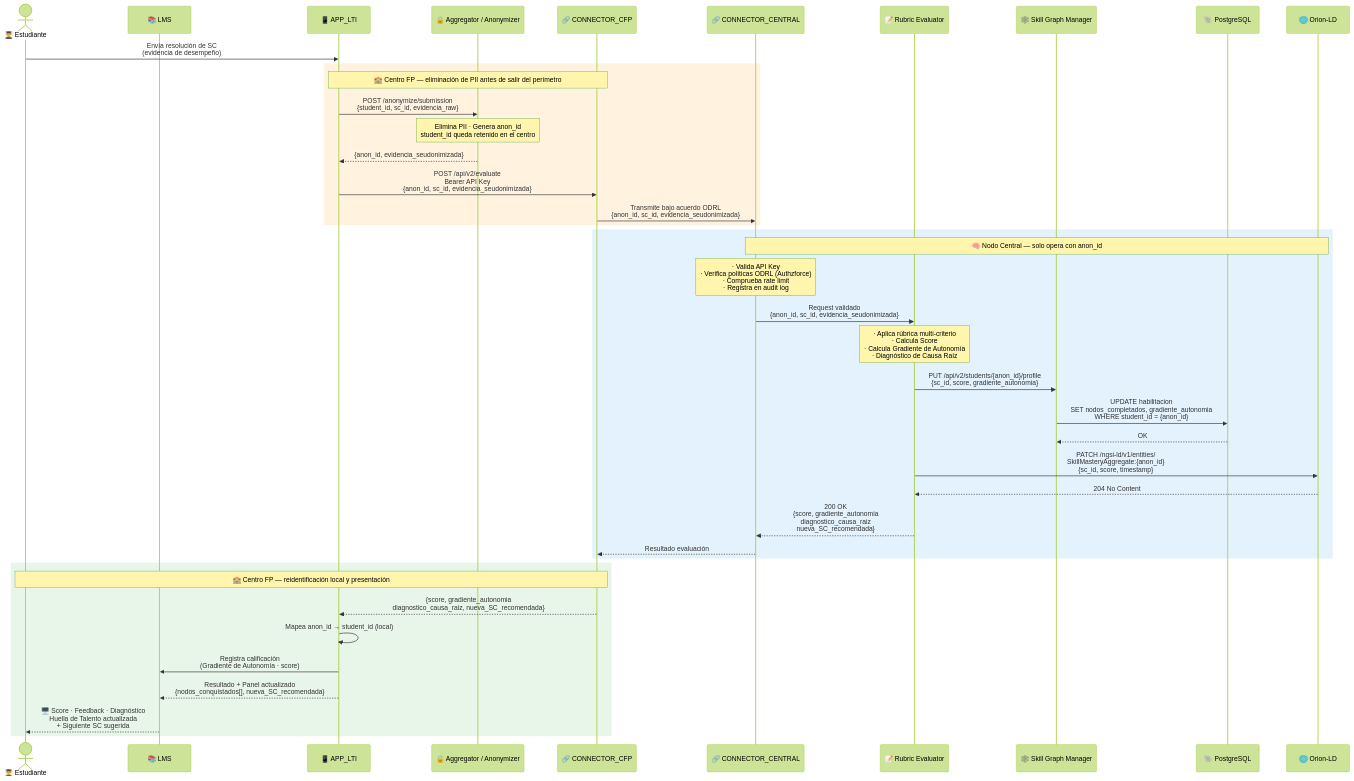
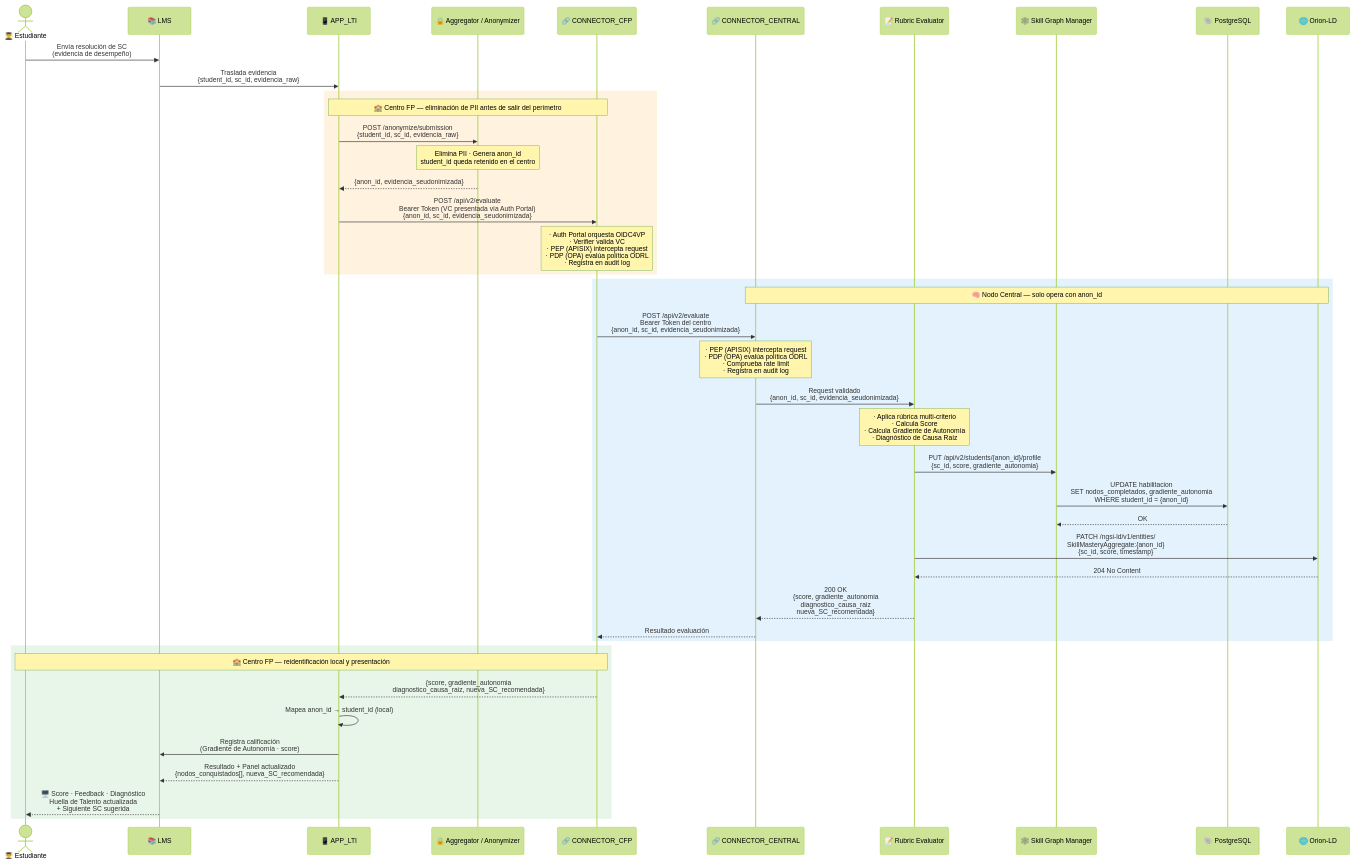
One commit to C3-VFDS/use_case_pkst changed the second of 3 diagrams in 054-diagramas-secuencias.md. Above: the diagram before and after it, drawn with Mermaid (forest theme). The commit also changed other lines of this file and 4 other files, not shown here.

Commit message:
Actualizando los diagramas a la arquitectura

````diff
--- a/054-diagramas-secuencias.md
+++ b/054-diagramas-secuencias.md
@@ -69,55 +69,57 @@
 ```mermaid
 sequenceDiagram
     actor STUDENT as 👨‍🎓 Estudiante
     participant LMS as 📚 LMS
     participant APP_LTI as 📱 APP_LTI
     participant ANON as 🔒 Aggregator / Anonymizer
     participant CONNECTOR_CFP as 🔗 CONNECTOR_CFP
     participant CONNECTOR_CENTRAL as 🔗 CONNECTOR_CENTRAL
     participant RUBRIC as 📝 Rubric Evaluator
     participant SGRAPH as 🕸️ Skill Graph Manager
     participant POSTGRES_C as 🐘 PostgreSQL
     participant ORIONLD as 🌐 Orion-LD
 
-    STUDENT->>APP_LTI: Envía resolución de SC<br/>(evidencia de desempeño)
+    STUDENT->>LMS: Envía resolución de SC<br/>(evidencia de desempeño)
+    LMS->>APP_LTI: Traslada evidencia<br/>{student_id, sc_id, evidencia_raw}
 
     rect rgb(255, 243, 224)
         Note over APP_LTI,CONNECTOR_CFP: 🏫 Centro FP — eliminación de PII antes de salir del perímetro
 
         APP_LTI->>ANON: POST /anonymize/submission<br/>{student_id, sc_id, evidencia_raw}
         Note over ANON: Elimina PII · Genera anon_id<br/>student_id queda retenido en el centro
         ANON-->>APP_LTI: {anon_id, evidencia_seudonimizada}
-        APP_LTI->>CONNECTOR_CFP: POST /api/v2/evaluate<br/>Bearer API Key<br/>{anon_id, sc_id, evidencia_seudonimizada}
-        CONNECTOR_CFP->>CONNECTOR_CENTRAL: Transmite bajo acuerdo ODRL<br/>{anon_id, sc_id, evidencia_seudonimizada}
+        APP_LTI->>CONNECTOR_CFP: POST /api/v2/evaluate<br/>Bearer Token (VC presentada vía Auth Portal)<br/>{anon_id, sc_id, evidencia_seudonimizada}
+        Note over CONNECTOR_CFP: · Auth Portal orquesta OIDC4VP<br/>· Verifier valida VC<br/>· PEP (APISIX) intercepta request<br/>· PDP (OPA) evalúa política ODRL<br/>· Registra en audit log
     end
 
     rect rgb(227, 242, 253)
         Note over CONNECTOR_CENTRAL,ORIONLD: 🧠 Nodo Central — solo opera con anon_id
 
-        Note over CONNECTOR_CENTRAL: · Valida API Key<br/>· Verifica políticas ODRL (Authzforce)<br/>· Comprueba rate limit<br/>· Registra en audit log
+        CONNECTOR_CFP->>CONNECTOR_CENTRAL: POST /api/v2/evaluate<br/>Bearer Token del centro<br/>{anon_id, sc_id, evidencia_seudonimizada}
+        Note over CONNECTOR_CENTRAL: · PEP (APISIX) intercepta request<br/>· PDP (OPA) evalúa política ODRL<br/>· Comprueba rate limit<br/>· Registra en audit log
 
         CONNECTOR_CENTRAL->>RUBRIC: Request validado<br/>{anon_id, sc_id, evidencia_seudonimizada}
 
         Note over RUBRIC: · Aplica rúbrica multi-criterio<br/>· Calcula Score<br/>· Calcula Gradiente de Autonomía<br/>· Diagnóstico de Causa Raíz
 
         RUBRIC->>SGRAPH: PUT /api/v2/students/{anon_id}/profile<br/>{sc_id, score, gradiente_autonomia}
         SGRAPH->>POSTGRES_C: UPDATE habilitacion<br/>SET nodos_completados, gradiente_autonomia<br/>WHERE student_id = {anon_id}
         POSTGRES_C-->>SGRAPH: OK
 
         RUBRIC->>ORIONLD: PATCH /ngsi-ld/v1/entities/<br/>SkillMasteryAggregate:{anon_id}<br/>{sc_id, score, timestamp}
         ORIONLD-->>RUBRIC: 204 No Content
 
         RUBRIC-->>CONNECTOR_CENTRAL: 200 OK<br/>{score, gradiente_autonomia<br/>diagnostico_causa_raiz<br/>nueva_SC_recomendada}
         CONNECTOR_CENTRAL-->>CONNECTOR_CFP: Resultado evaluación
     end
 
     rect rgb(232, 245, 233)
         Note over CONNECTOR_CFP,STUDENT: 🏫 Centro FP — reidentificación local y presentación
 
         CONNECTOR_CFP-->>APP_LTI: {score, gradiente_autonomia<br/>diagnostico_causa_raiz, nueva_SC_recomendada}
         APP_LTI->>APP_LTI: Mapea anon_id → student_id (local)
         APP_LTI->>LMS: Registra calificación<br/>(Gradiente de Autonomía · score)
         APP_LTI-->>LMS: Resultado + Panel actualizado<br/>{nodos_conquistados[], nueva_SC_recomendada}
         LMS-->>STUDENT: 🖥️ Score · Feedback · Diagnóstico<br/>Huella de Talento actualizada<br/>+ Siguiente SC sugerida
     end
 ```
````
